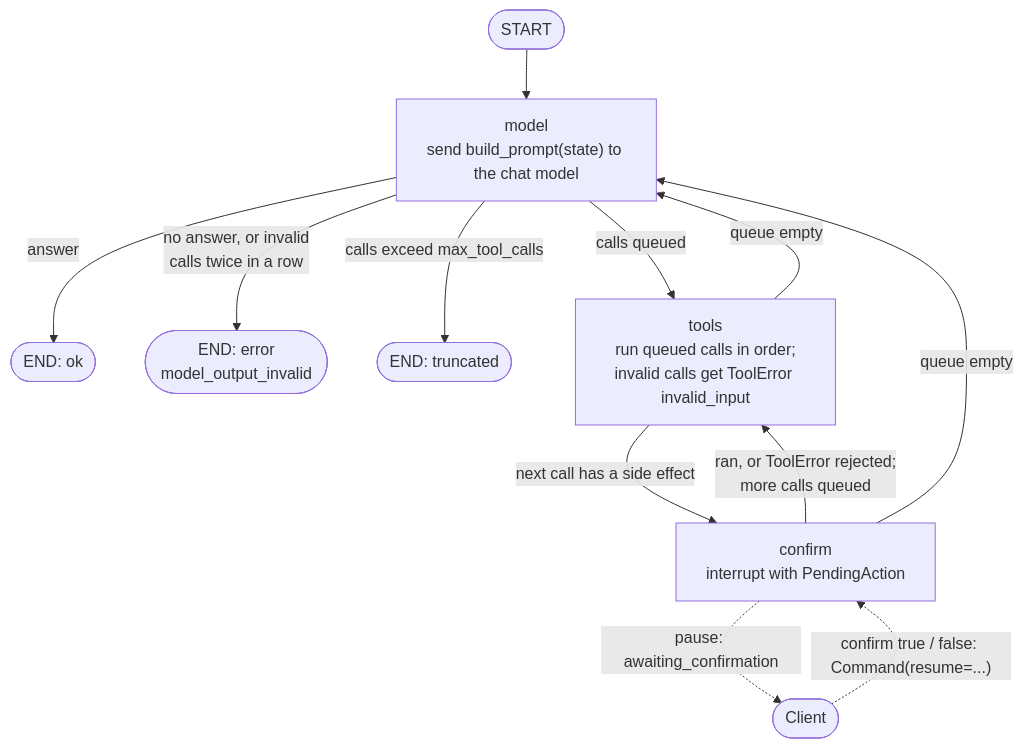
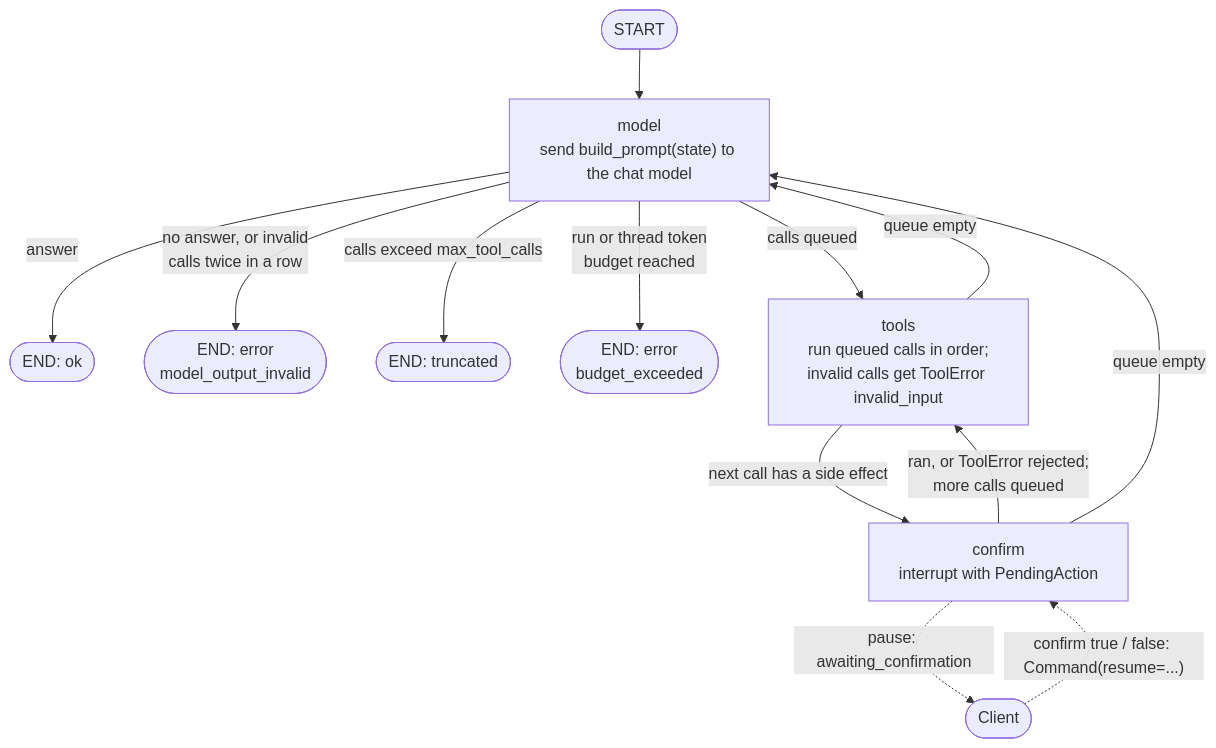
One commit to darrenpaine/harnessd changed the diagram in README.md. Above: the diagram before and after it, drawn with Mermaid. The commit also changed 1 other file, not shown here.

Commit message:
Document the token budgets in the design

````diff
--- a/README.md
+++ b/README.md
@@ -70,17 +70,18 @@
 ```mermaid
 flowchart TD
     start([START]) --> model
     model["model<br/>send build_prompt(state) to the chat model"]
     model -->|answer| ok([END: ok])
     model -->|no answer, or invalid<br/>calls twice in a row| error([END: error<br/>model_output_invalid])
     model -->|calls exceed max_tool_calls| truncated([END: truncated])
+    model -->|run or thread token<br/>budget reached| budget([END: error<br/>budget_exceeded])
     model -->|calls queued| tools
     tools["tools<br/>run queued calls in order;<br/>invalid calls get ToolError invalid_input"]
     tools -->|queue empty| model
     tools -->|next call has a side effect| confirm
     confirm["confirm<br/>interrupt with PendingAction"]
     confirm -.->|"pause: awaiting_confirmation"| client([Client])
     client -.->|"confirm true / false: Command(resume=...)"| confirm
     confirm -->|"ran, or ToolError rejected;<br/>more calls queued"| tools
     confirm -->|queue empty| model
 ```
````
